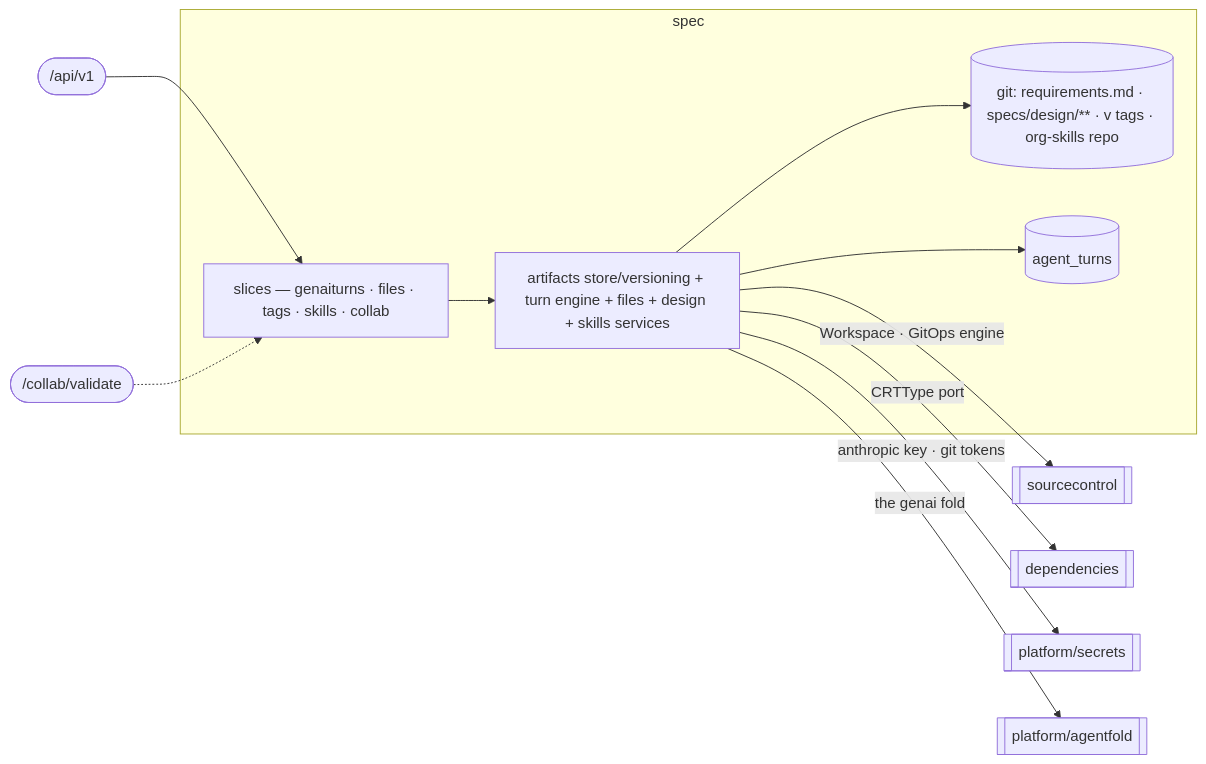
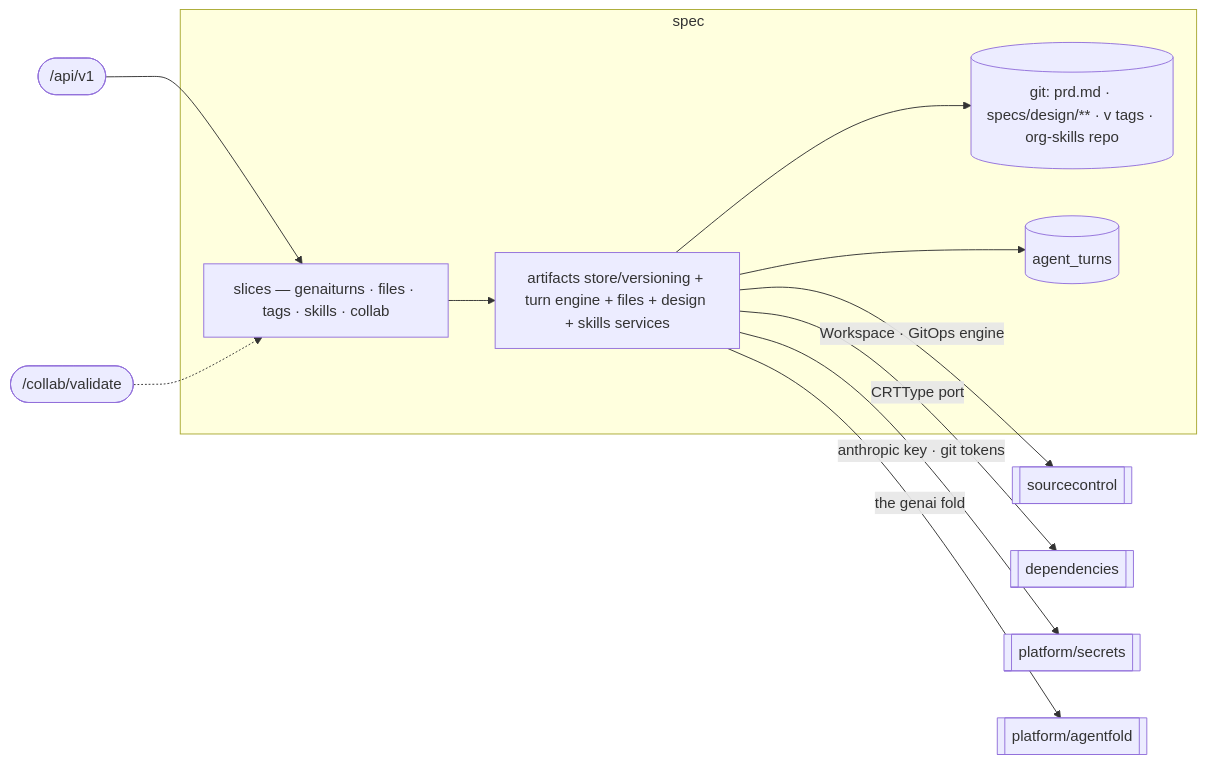
One commit to KCSAbeywickrama/labs-agentic-engineer changed the diagram in services/aep-api/internal/spec/README.md. Above: the diagram before and after it, drawn with Mermaid. The commit also changed other lines of this file and 64 other files, not shown here.

First line of the commit message:
feat(prd-stage): clean-slate interview skills + prd.md contract

````diff
--- a/services/aep-api/internal/spec/README.md
+++ b/services/aep-api/internal/spec/README.md
@@ -9,16 +9,16 @@
 ```mermaid
 flowchart LR
   API(["/api/v1"]) --> SL
   CB(["/collab/validate"]) -.-> SL
   subgraph spec
     SL["slices — genaiturns · files · tags · skills · collab"]
     CORE["artifacts store/versioning + turn engine + files + design + skills services"]
     SL --> CORE
-    CORE --> GIT[("git: requirements.md · specs/design/** · v<N> tags · org-skills repo")]
+    CORE --> GIT[("git: prd.md · specs/design/** · v<N> tags · org-skills repo")]
     CORE --> TURNS[("agent_turns")]
   end
   CORE -->|Workspace · GitOps engine| SC[[sourcecontrol]]
   CORE -->|CRTType port| DEP[[dependencies]]
   CORE -->|anthropic key · git tokens| SEC[[platform/secrets]]
   CORE -->|the genai fold| FOLD[["platform/agentfold"]]
 ```
````
